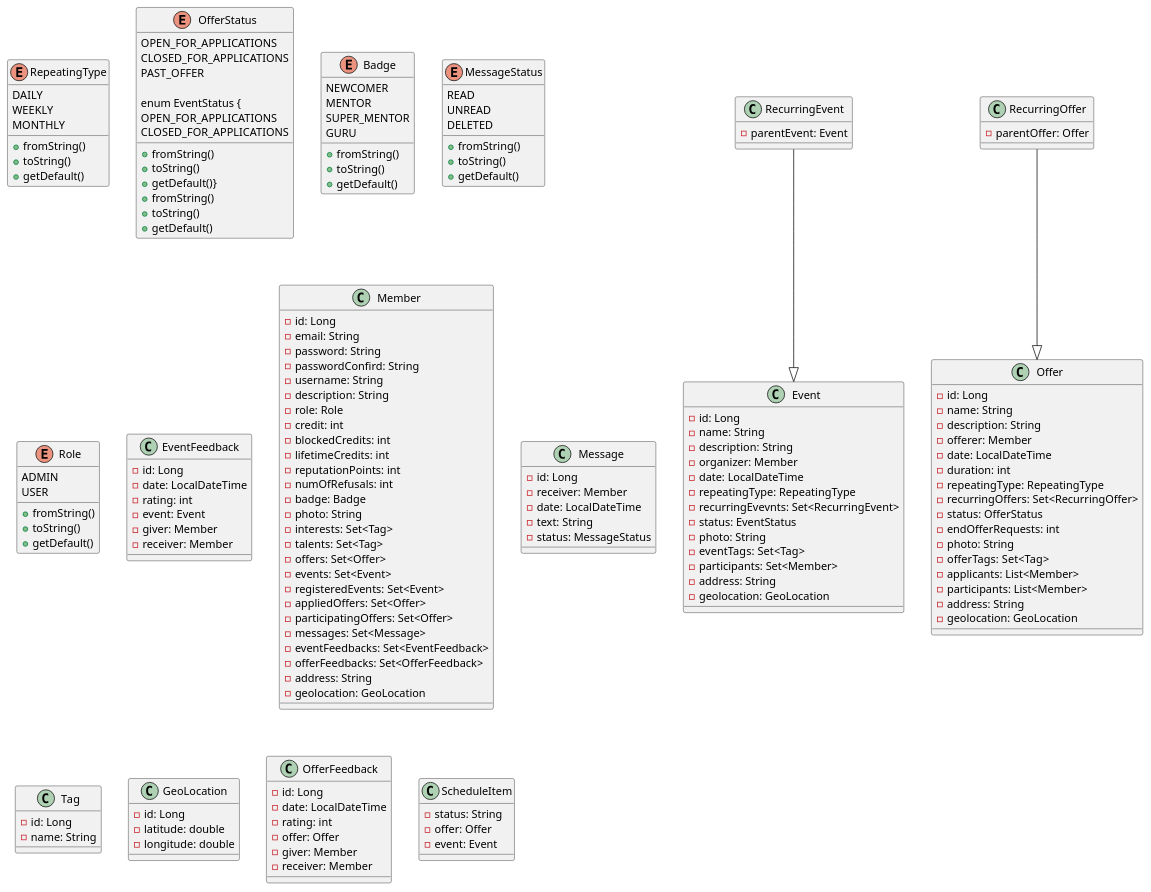
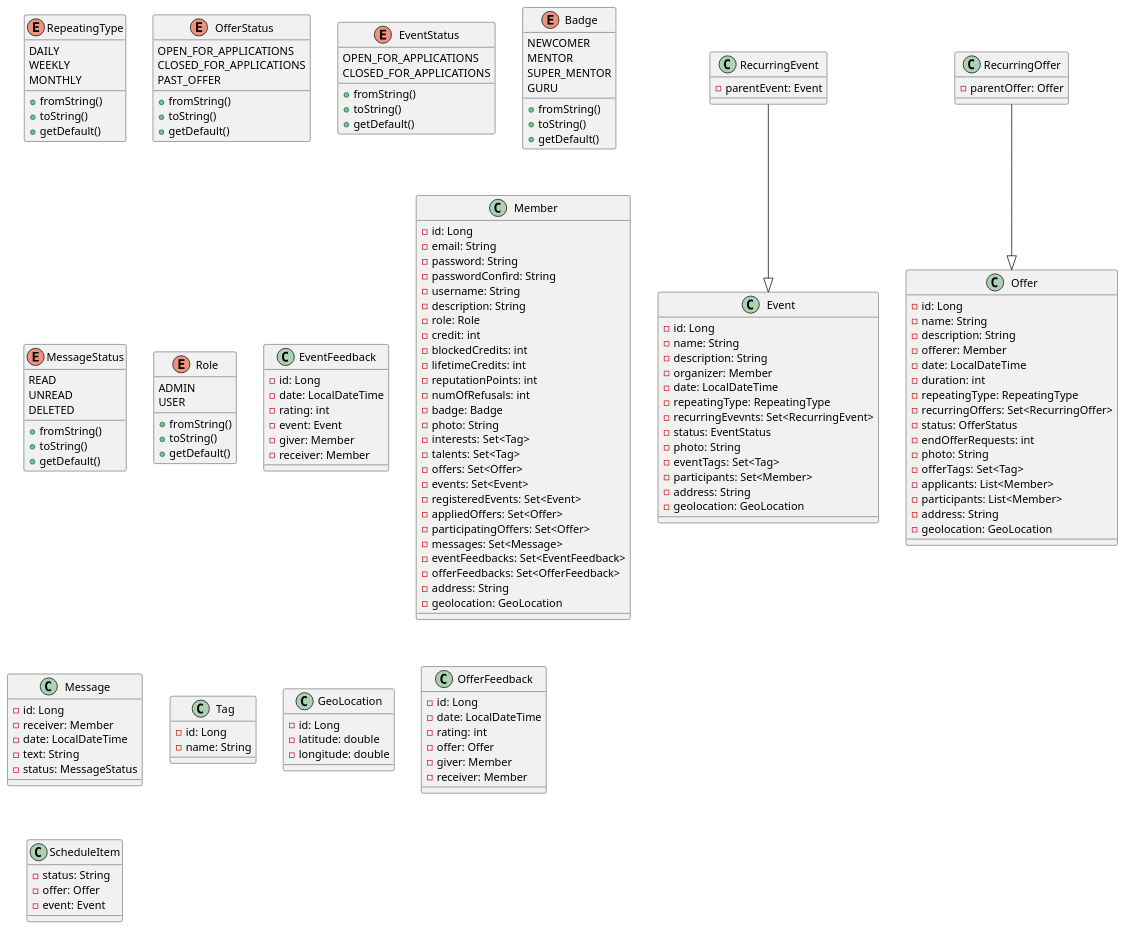
One commit to ZDenizYStenhaug/swe573-Project changed the diagram in models.puml. Above: the diagram before and after it, drawn with PlantUML.

```diff
--- a/models.puml
+++ b/models.puml
@@ -1,172 +1,173 @@
 @startuml
 
 enum RepeatingType {
     DAILY
     WEEKLY
     MONTHLY
     +fromString()
     +toString()
     +getDefault()
 }
 
 enum OfferStatus {
     OPEN_FOR_APPLICATIONS
     CLOSED_FOR_APPLICATIONS
     PAST_OFFER
     +fromString()
     +toString()
-    +getDefault()}
+    +getDefault()
+}
 
 enum EventStatus {
     OPEN_FOR_APPLICATIONS
     CLOSED_FOR_APPLICATIONS
     +fromString()
     +toString()
     +getDefault()
 }
 
 enum Badge {
     NEWCOMER
     MENTOR
     SUPER_MENTOR
     GURU
     +fromString()
     +toString()
     +getDefault()
 }
 
 enum MessageStatus {
     READ
     UNREAD
     DELETED
     +fromString()
     +toString()
     +getDefault()
 }
 
 enum Role {
     ADMIN
     USER
     +fromString()
     +toString()
     +getDefault()
 }
 class Event {
     -id: Long
     -name: String
     -description: String
     -organizer: Member
     -date: LocalDateTime
     -repeatingType: RepeatingType
     -recurringEvevnts: Set<RecurringEvent>
     -status: EventStatus
     -photo: String
     -eventTags: Set<Tag>
     -participants: Set<Member>
     -address: String
     -geolocation: GeoLocation
 }
 
 class EventFeedback {
     -id: Long
     -date: LocalDateTime
     -rating: int
     -event: Event
     -giver: Member
     -receiver: Member
 }
 
 class Member {
     -id: Long
     -email: String
     -password: String
     -passwordConfird: String
     -username: String
     -description: String
     -role: Role
     -credit: int
     -blockedCredits: int
     -lifetimeCredits: int
     -reputationPoints: int
     -numOfRefusals: int
     -badge: Badge
     -photo: String
     -interests: Set<Tag>
     -talents: Set<Tag>
     -offers: Set<Offer>
     -events: Set<Event>
     -registeredEvents: Set<Event>
     -appliedOffers: Set<Offer>
     -participatingOffers: Set<Offer>
     -messages: Set<Message>
     -eventFeedbacks: Set<EventFeedback>
     -offerFeedbacks: Set<OfferFeedback>
     -address: String
     -geolocation: GeoLocation
 }
 
 class Message {
     -id: Long
     -receiver: Member
     -date: LocalDateTime
     -text: String
     -status: MessageStatus
 }
 
 class Tag {
     -id: Long
     -name: String
 }
 
 class GeoLocation {
     -id: Long
     - latitude: double
     - longitude: double
     }
 
 class Offer {
     -id: Long
     -name: String
     -description: String
     -offerer: Member
     -date: LocalDateTime
     -duration: int
     -repeatingType: RepeatingType
     -recurringOffers: Set<RecurringOffer>
     -status: OfferStatus
     -endOfferRequests: int
     -photo: String
     -offerTags: Set<Tag>
     -applicants: List<Member>
     -participants: List<Member>
     -address: String
     -geolocation: GeoLocation
 }
 
 class OfferFeedback {
     -id: Long
     -date: LocalDateTime
     -rating: int
     -offer: Offer
     -giver: Member
     -receiver: Member
 }
 
 class RecurringEvent {
     -parentEvent: Event
 }
 
 class RecurringOffer {
     -parentOffer: Offer
 }
 
 class ScheduleItem {
     -status: String
     -offer: Offer
     -event: Event
 }
 
 
 RecurringEvent --|> Event
 RecurringOffer --|> Offer
 @enduml
```
